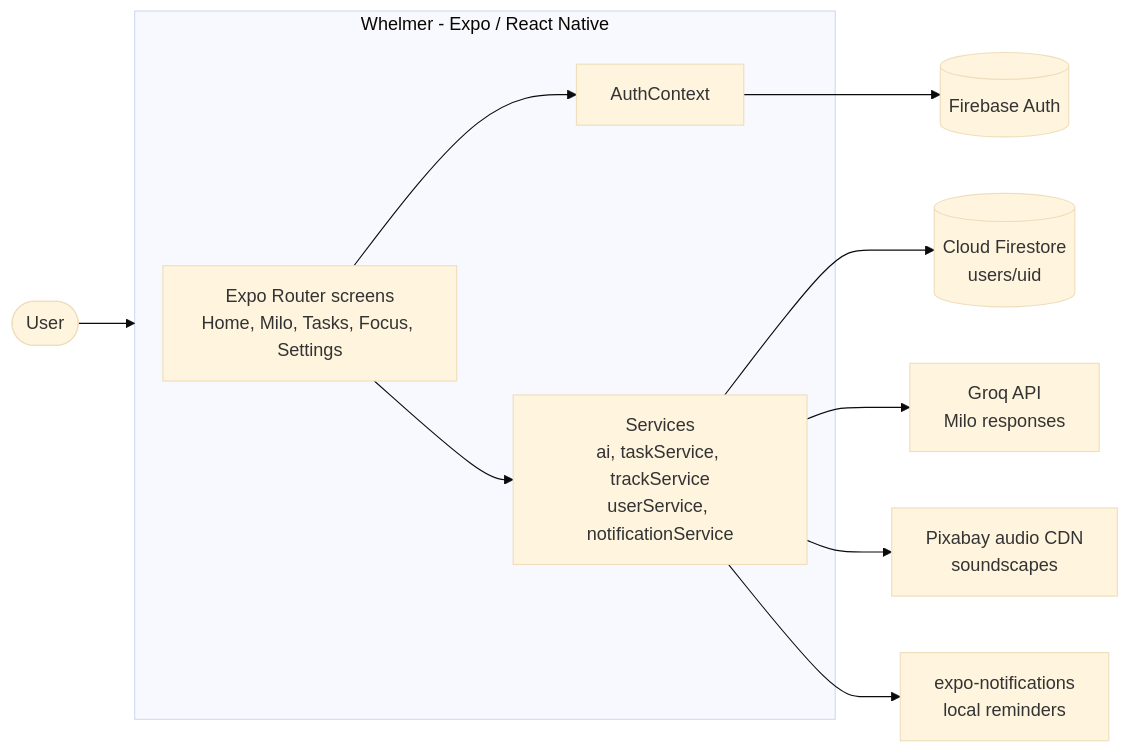
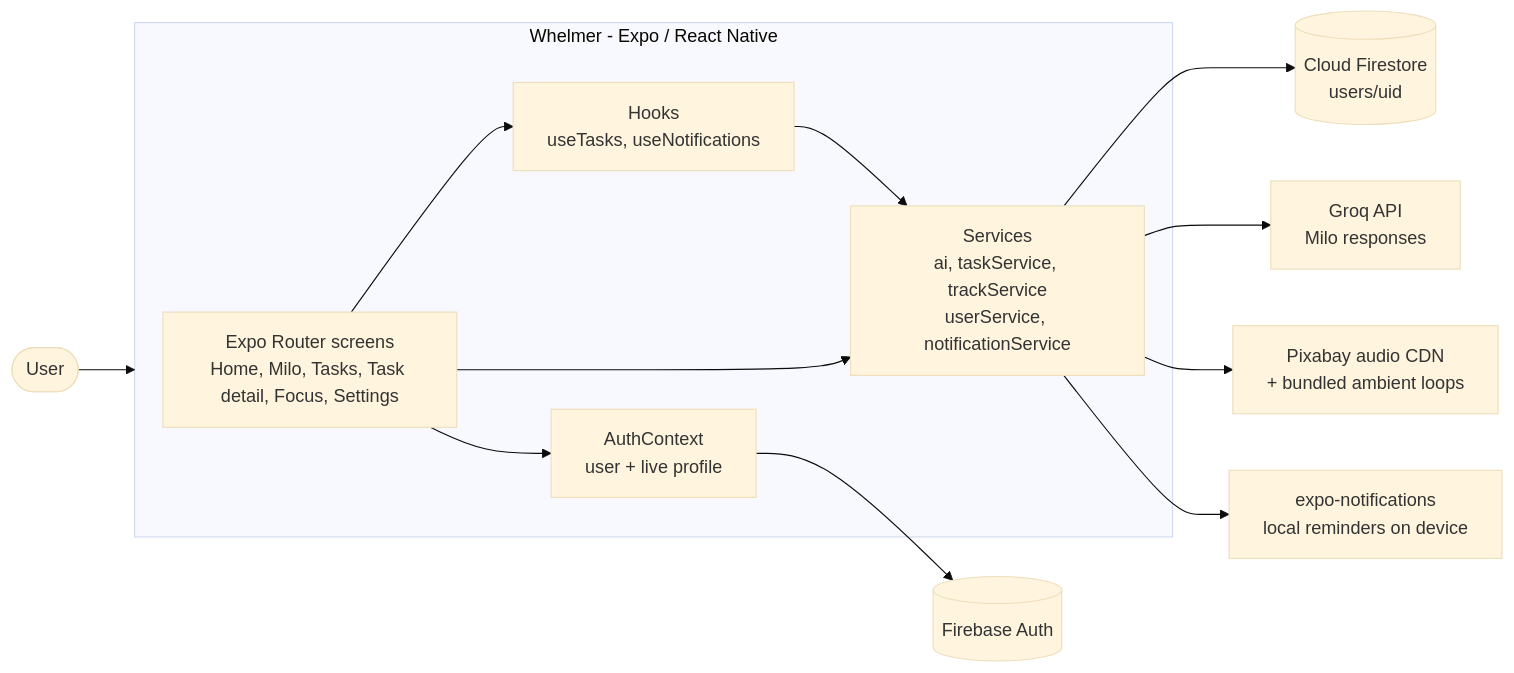
Before and after one commit to GabyNor05/Whelmer: the first of 2 diagrams in README.md, drawn with Mermaid (base theme). The commit also changed other lines of this file and 2 other files, not shown here.

````diff
--- a/README.md
+++ b/README.md
@@ -74,16 +54,19 @@
 ```mermaid
 flowchart LR
     U([User]) --> App
     subgraph App[Whelmer - Expo / React Native]
-        R[Expo Router screens<br/>Home, Milo, Tasks, Focus, Settings]
-        C[AuthContext]
+        R[Expo Router screens<br/>Home, Milo, Tasks, Task detail, Focus, Settings]
+        C[AuthContext<br/>user + live profile]
+        H[Hooks<br/>useTasks, useNotifications]
+        R --> H
+        H --> S
         S[Services<br/>ai, taskService, trackService<br/>userService, notificationService]
         R --> C
         R --> S
     end
     C --> FA[(Firebase Auth)]
     S --> FS[(Cloud Firestore<br/>users/uid)]
     S --> G[Groq API<br/>Milo responses]
-    S --> CDN[Pixabay audio CDN<br/>soundscapes]
-    S --> N[expo-notifications<br/>local reminders]
+    S --> CDN[Pixabay audio CDN<br/>+ bundled ambient loops]
+    S --> N[expo-notifications<br/>local reminders on device]
 ```
````
